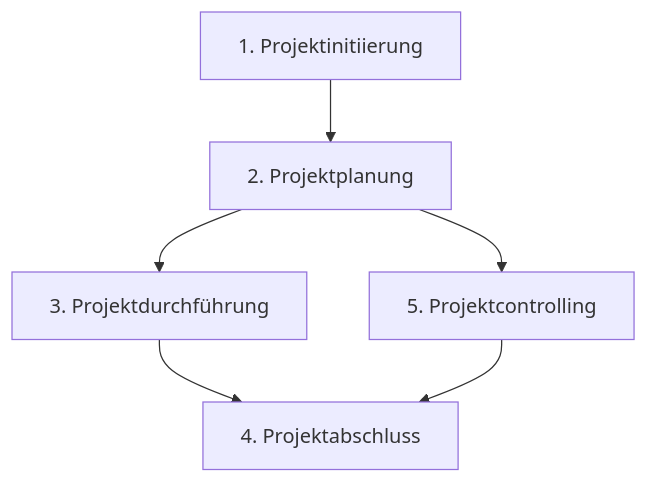
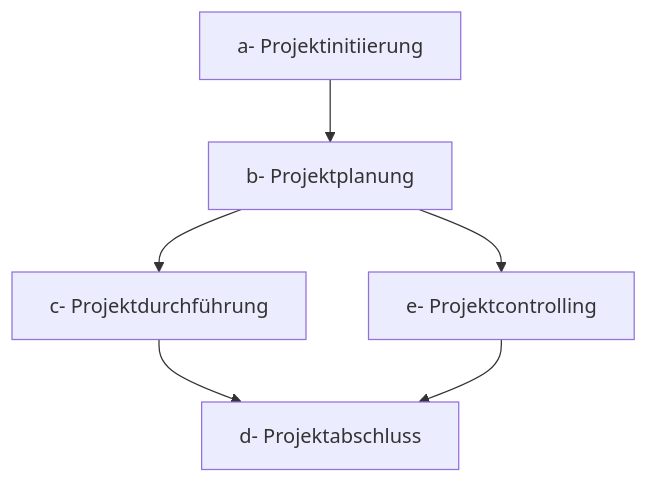
The first of 2 diagrams in Projekt.qmd (mrossde/PE1_PE2), drawn with Mermaid before and after one commit. The commit also changed other lines of this file and 5 other files, not shown here.

````diff
--- a/Projekt.qmd
+++ b/Projekt.qmd
@@ -186,11 +186,13 @@
 ```{mermaid}
 %%| label: fig-label-pep0
 %%| fig-cap: "Phasen von Projekten"
 flowchart TD
-  A[1. Projektinitiierung]
-    A --> B[2. Projektplanung]
-    B --> C[3. Projektdurchführung]    
-    C --> D[4. Projektabschluss]
-  B -->E[5. Projektcontrolling]
+
+  A[a- Projektinitiierung]
+    A --> B[b- Projektplanung]
+    B --> C[c- Projektdurchführung]    
+    C --> D[d- Projektabschluss]
+  B -->E[e- Projektcontrolling]
   E -->D
+
 ```
````
